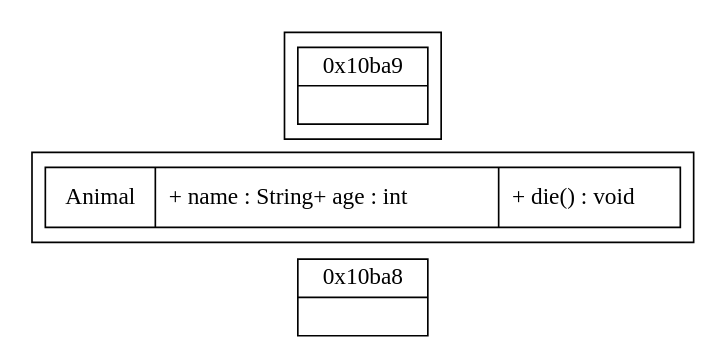
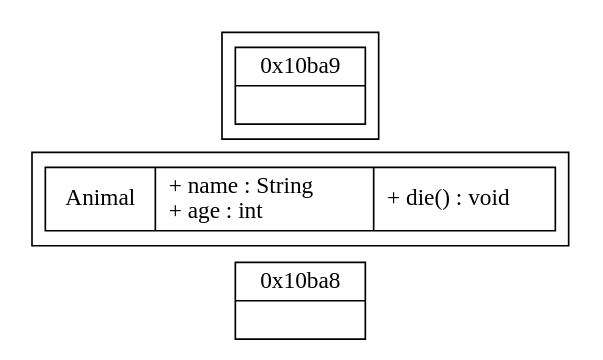
One commit to sisyphus1212/note changed the diagram in dpdk/内存管理.md. Above: the diagram before and after it, drawn with Graphviz.

Commit message:
auto_update

````diff
--- a/dpdk/内存管理.md
+++ b/dpdk/内存管理.md
@@ -16,20 +16,20 @@
 ```graphviz
 digraph {
 	rankdir=LR;
 	"node0" [
 		label = "0x10ba8| <f1>"
 		shape = "record"
 	];
 	subgraph cluster_0 {
-		Animal[label = "{Animal | + name : String+ age : int\l |+ die() : void\l}", shape = "record" ];
+		Animal[label = "{Animal | + name : String\l+ age : int\l |+ die() : void\l}", shape = "record" ];
 	}
 	subgraph cluster_1 {
 		"node1" [
 			label = "0x10ba9| <f1>"
 			shape = "record"
 		];
 	}
 }
 
 
 ```
````
